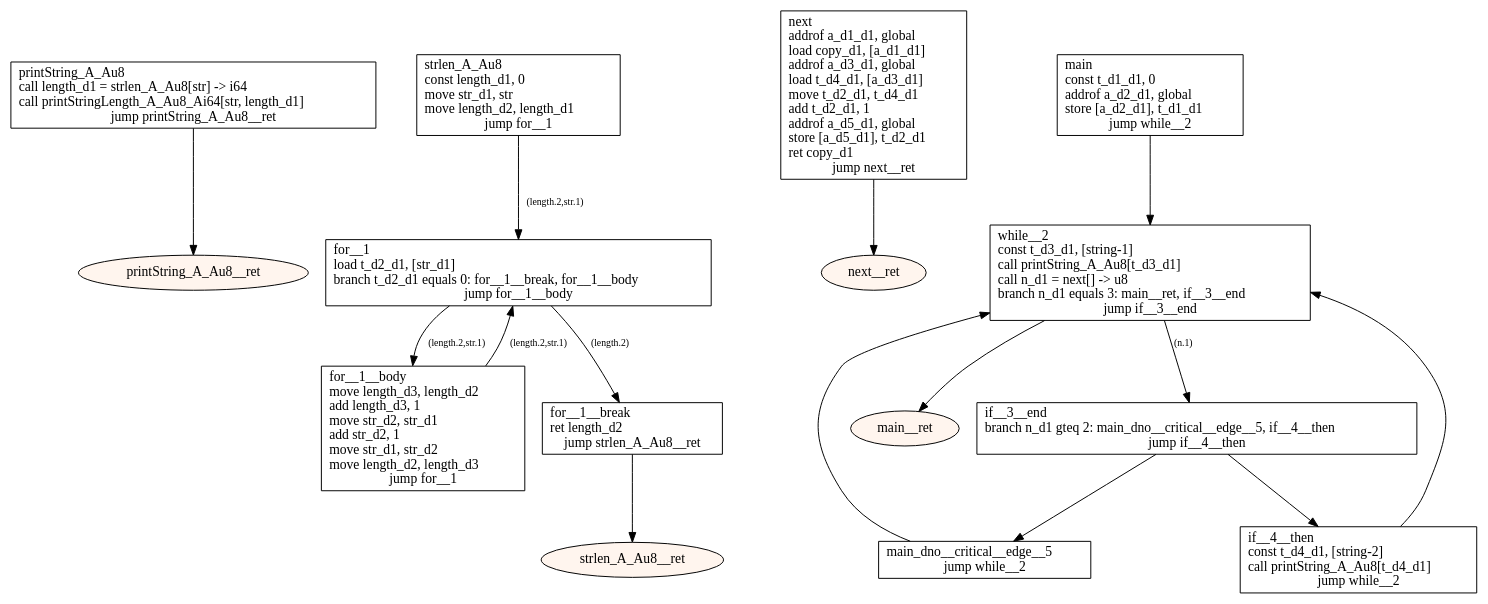
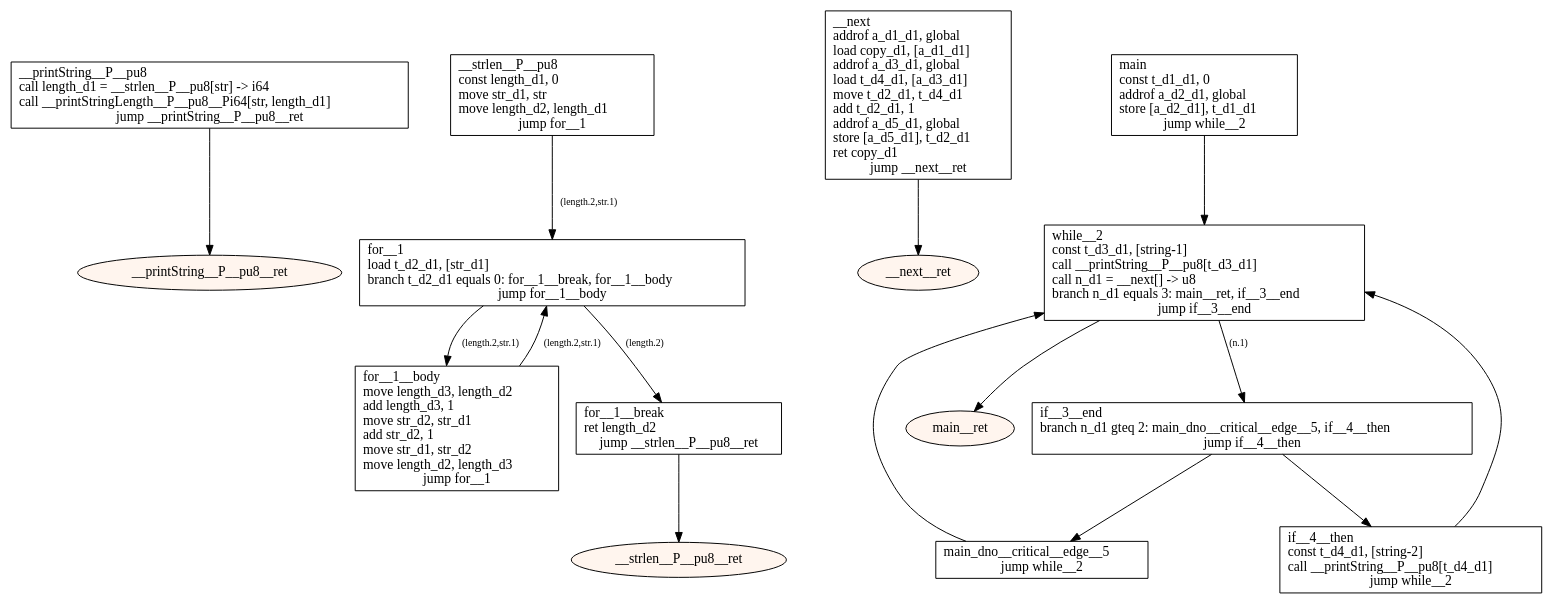
The diagram in src/main/resources-test/compiler/linux/global vars2.dot (tmssngr/tinyC), drawn with Graphviz before and after one commit. The commit also changed 523 other files, not shown here.

```diff
--- a/src/main/resources-test/compiler/linux/global vars2.dot
+++ b/src/main/resources-test/compiler/linux/global vars2.dot
@@ -1,40 +1,40 @@
 digraph program {
 	edge[fontsize="10pt"];
-	subgraph fn_printString_A_Au8 {
-		BasicBlock_0_printString_A_Au8 [label="printString_A_Au8\lcall length_d1 = strlen_A_Au8[str] -> i64\lcall printStringLength_A_Au8_Ai64[str, length_d1]\ljump printString_A_Au8__ret",shape=box];
-		BasicBlock_0_printString_A_Au8 -> BasicBlock_0_printString_A_Au8__ret;
-		BasicBlock_0_printString_A_Au8__ret [label="printString_A_Au8__ret",shape=oval,style=filled,fillcolor="#fff5ee"];
+	subgraph fn___printString__P__pu8 {
+		BasicBlock_0___printString__P__pu8 [label="__printString__P__pu8\lcall length_d1 = __strlen__P__pu8[str] -> i64\lcall __printStringLength__P__pu8__Pi64[str, length_d1]\ljump __printString__P__pu8__ret",shape=box];
+		BasicBlock_0___printString__P__pu8 -> BasicBlock_0___printString__P__pu8__ret;
+		BasicBlock_0___printString__P__pu8__ret [label="__printString__P__pu8__ret",shape=oval,style=filled,fillcolor="#fff5ee"];
 	}
-	subgraph fn_strlen_A_Au8 {
-		BasicBlock_1_strlen_A_Au8 [label="strlen_A_Au8\lconst length_d1, 0\lmove str_d1, str\lmove length_d2, length_d1\ljump for__1",shape=box];
-		BasicBlock_1_strlen_A_Au8 -> BasicBlock_1_for__1 [label="(length.2,str.1)"];
+	subgraph fn___strlen__P__pu8 {
+		BasicBlock_1___strlen__P__pu8 [label="__strlen__P__pu8\lconst length_d1, 0\lmove str_d1, str\lmove length_d2, length_d1\ljump for__1",shape=box];
+		BasicBlock_1___strlen__P__pu8 -> BasicBlock_1_for__1 [label="(length.2,str.1)"];
 		BasicBlock_1_for__1__body [label="for__1__body\lmove length_d3, length_d2\ladd length_d3, 1\lmove str_d2, str_d1\ladd str_d2, 1\lmove str_d1, str_d2\lmove length_d2, length_d3\ljump for__1",shape=box];
 		BasicBlock_1_for__1__body -> BasicBlock_1_for__1 [label="(length.2,str.1)"];
 		BasicBlock_1_for__1 [label="for__1\lload t_d2_d1, [str_d1]\lbranch t_d2_d1 equals 0: for__1__break, for__1__body\ljump for__1__body",shape=box];
 		BasicBlock_1_for__1 -> BasicBlock_1_for__1__break [label="(length.2)"];
 		BasicBlock_1_for__1 -> BasicBlock_1_for__1__body [label="(length.2,str.1)"];
-		BasicBlock_1_for__1__break [label="for__1__break\lret length_d2\ljump strlen_A_Au8__ret",shape=box];
-		BasicBlock_1_for__1__break -> BasicBlock_1_strlen_A_Au8__ret;
-		BasicBlock_1_strlen_A_Au8__ret [label="strlen_A_Au8__ret",shape=oval,style=filled,fillcolor="#fff5ee"];
+		BasicBlock_1_for__1__break [label="for__1__break\lret length_d2\ljump __strlen__P__pu8__ret",shape=box];
+		BasicBlock_1_for__1__break -> BasicBlock_1___strlen__P__pu8__ret;
+		BasicBlock_1___strlen__P__pu8__ret [label="__strlen__P__pu8__ret",shape=oval,style=filled,fillcolor="#fff5ee"];
 	}
-	subgraph fn_next {
-		BasicBlock_2_next [label="next\laddrof a_d1_d1, global\lload copy_d1, [a_d1_d1]\laddrof a_d3_d1, global\lload t_d4_d1, [a_d3_d1]\lmove t_d2_d1, t_d4_d1\ladd t_d2_d1, 1\laddrof a_d5_d1, global\lstore [a_d5_d1], t_d2_d1\lret copy_d1\ljump next__ret",shape=box];
-		BasicBlock_2_next -> BasicBlock_2_next__ret;
-		BasicBlock_2_next__ret [label="next__ret",shape=oval,style=filled,fillcolor="#fff5ee"];
+	subgraph fn___next {
+		BasicBlock_2___next [label="__next\laddrof a_d1_d1, global\lload copy_d1, [a_d1_d1]\laddrof a_d3_d1, global\lload t_d4_d1, [a_d3_d1]\lmove t_d2_d1, t_d4_d1\ladd t_d2_d1, 1\laddrof a_d5_d1, global\lstore [a_d5_d1], t_d2_d1\lret copy_d1\ljump __next__ret",shape=box];
+		BasicBlock_2___next -> BasicBlock_2___next__ret;
+		BasicBlock_2___next__ret [label="__next__ret",shape=oval,style=filled,fillcolor="#fff5ee"];
 	}
 	subgraph fn_main {
 		BasicBlock_3_main [label="main\lconst t_d1_d1, 0\laddrof a_d2_d1, global\lstore [a_d2_d1], t_d1_d1\ljump while__2",shape=box];
 		BasicBlock_3_main -> BasicBlock_3_while__2;
 		BasicBlock_3_if__3__end [label="if__3__end\lbranch n_d1 gteq 2: main_dno__critical__edge__5, if__4__then\ljump if__4__then",shape=box];
 		BasicBlock_3_if__3__end -> BasicBlock_3_main_dno__critical__edge__5;
 		BasicBlock_3_if__3__end -> BasicBlock_3_if__4__then;
 		BasicBlock_3_main_dno__critical__edge__5 [label="main_dno__critical__edge__5\ljump while__2",shape=box];
 		BasicBlock_3_main_dno__critical__edge__5 -> BasicBlock_3_while__2;
-		BasicBlock_3_if__4__then [label="if__4__then\lconst t_d4_d1, [string-2]\lcall printString_A_Au8[t_d4_d1]\ljump while__2",shape=box];
+		BasicBlock_3_if__4__then [label="if__4__then\lconst t_d4_d1, [string-2]\lcall __printString__P__pu8[t_d4_d1]\ljump while__2",shape=box];
 		BasicBlock_3_if__4__then -> BasicBlock_3_while__2;
-		BasicBlock_3_while__2 [label="while__2\lconst t_d3_d1, [string-1]\lcall printString_A_Au8[t_d3_d1]\lcall n_d1 = next[] -> u8\lbranch n_d1 equals 3: main__ret, if__3__end\ljump if__3__end",shape=box];
+		BasicBlock_3_while__2 [label="while__2\lconst t_d3_d1, [string-1]\lcall __printString__P__pu8[t_d3_d1]\lcall n_d1 = __next[] -> u8\lbranch n_d1 equals 3: main__ret, if__3__end\ljump if__3__end",shape=box];
 		BasicBlock_3_while__2 -> BasicBlock_3_main__ret;
 		BasicBlock_3_while__2 -> BasicBlock_3_if__3__end [label="(n.1)"];
 		BasicBlock_3_main__ret [label="main__ret",shape=oval,style=filled,fillcolor="#fff5ee"];
 	}
 }
```
